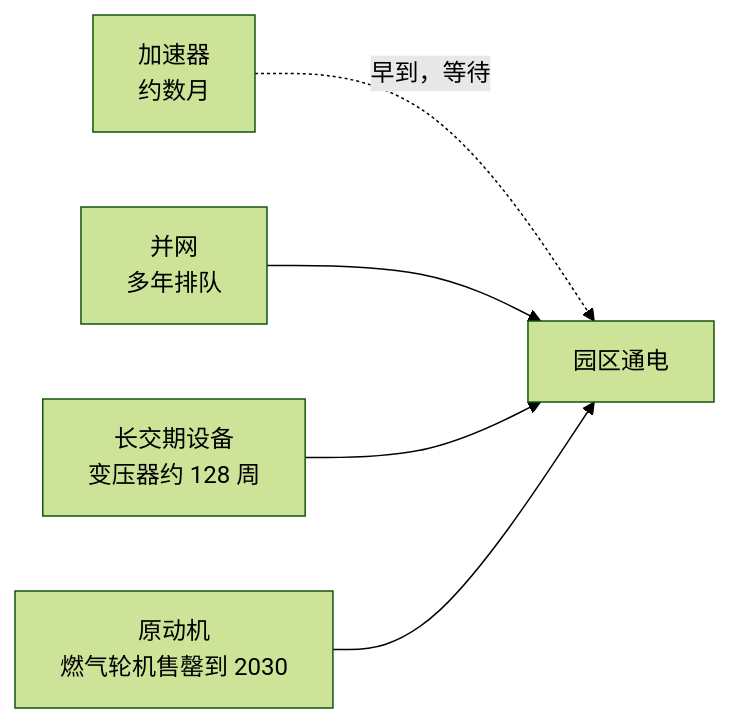
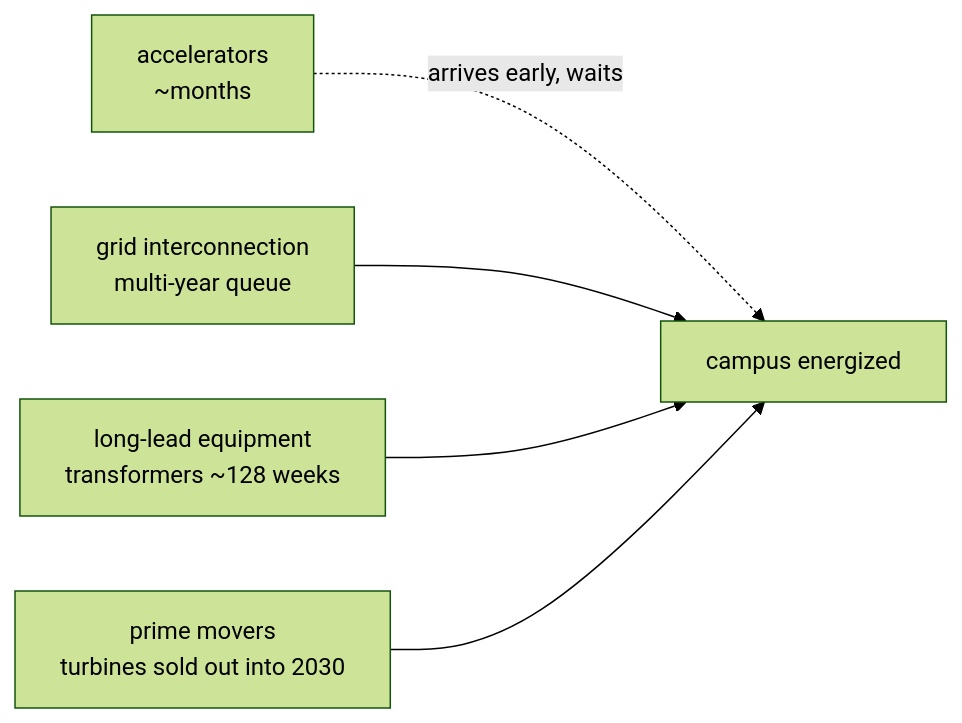
Before and after one commit to latere-ai/ai-as-an-infrastructure: the first of 2 diagrams in zh/p11-frontiers/47-powering-it.qmd, drawn with Mermaid (forest theme). The commit also changed other lines of this file and 106 other files, not shown here.

````diff
--- a/zh/p11-frontiers/47-powering-it.qmd
+++ b/zh/p11-frontiers/47-powering-it.qmd
@@ -13,14 +13,14 @@
 ```{mermaid}
 %%| label: fig-powering-queues
 %%| fig-cap: "把通电时间看作三道串联的排队。一座前沿园区只有在最慢的那道清空时才通电，所以瓶颈约束是日历时间，而非发电容量。相比之下，芯片以月计就能出货。"
 flowchart LR
-  chip["加速器<br/>约数月"]
-  q1["并网<br/>多年排队"]
-  q2["长交期设备<br/>变压器约 128 周"]
-  q3["原动机<br/>燃气轮机售罄到 2030"]
-  live["园区通电"]
-  chip -.早到，等待.-> live
+  chip["accelerators<br/>~months"]
+  q1["grid interconnection<br/>multi-year queue"]
+  q2["long-lead equipment<br/>transformers ~128 weeks"]
+  q3["prime movers<br/>turbines sold out into 2030"]
+  live["campus energized"]
+  chip -.arrives early, waits.-> live
   q1 --> live
   q2 --> live
   q3 --> live
 ```
````
